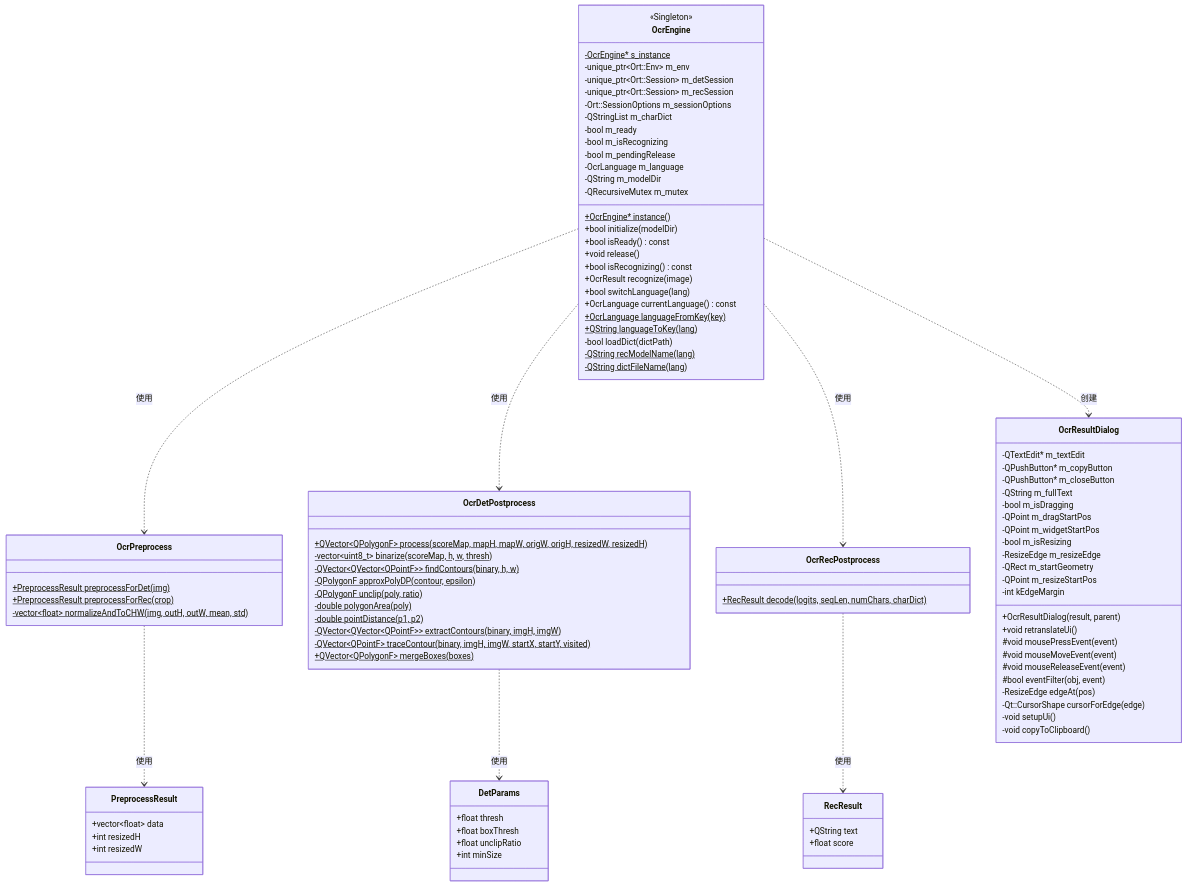
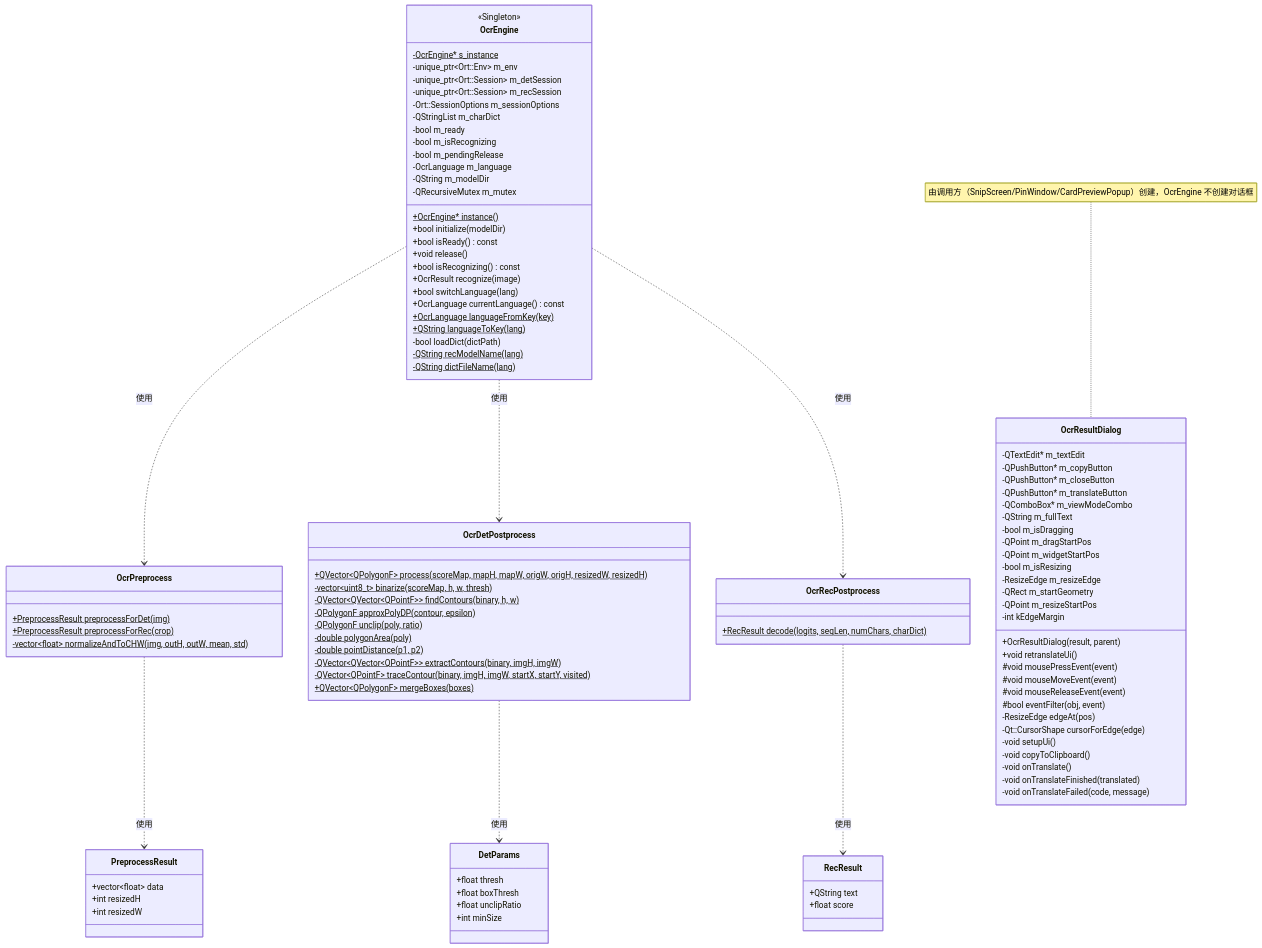
The third of 11 diagrams in docs/ocr.md (ChiangyangNPU/quick-shot), drawn with Mermaid before and after one commit. The commit also changed other lines of this file and 7 other files, not shown here.

````diff
--- a/docs/ocr.md
+++ b/docs/ocr.md
@@ -222,6 +224,8 @@
         -QTextEdit* m_textEdit
         -QPushButton* m_copyButton
         -QPushButton* m_closeButton
+        -QPushButton* m_translateButton
+        -QComboBox* m_viewModeCombo
         -QString m_fullText
         -bool m_isDragging
         -QPoint m_dragStartPos
@@ -241,10 +245,13 @@
         -Qt::CursorShape cursorForEdge(edge)
         -void setupUi()
         -void copyToClipboard()
+        -void onTranslate()
+        -void onTranslateFinished(translated)
+        -void onTranslateFailed(code, message)
     }
 
     OcrEngine ..> OcrPreprocess : 使用
     OcrEngine ..> OcrDetPostprocess : 使用
     OcrEngine ..> OcrRecPostprocess : 使用
-    OcrEngine ..> OcrResultDialog : 创建
+    note for OcrResultDialog "由调用方（SnipScreen/PinWindow/CardPreviewPopup）创建，OcrEngine 不创建对话框"
 ```
````
